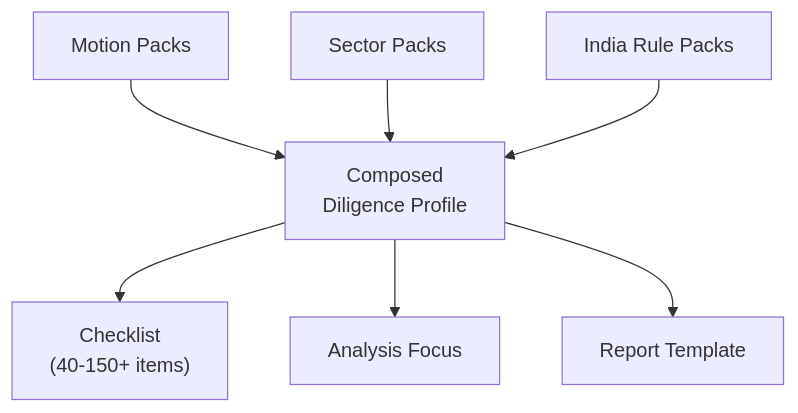
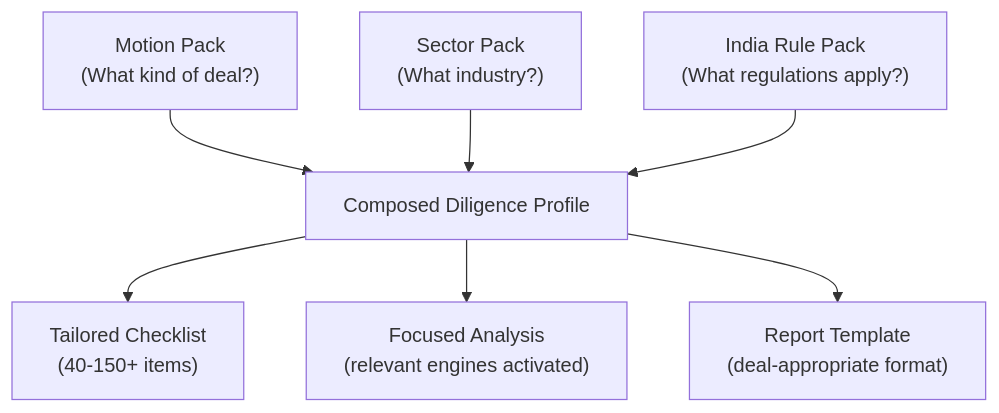
One commit to Mehulupase01/CrewAI-Enterprise-Pipeline-Multi-Agent-Due-Diligence-System changed the sixth of 6 diagrams in README.md. Above: the diagram before and after it, drawn with Mermaid. The commit also changed other lines of this file and 13 other files, not shown here.

````diff
--- a/README.md
+++ b/README.md
@@ -275,9 +379,9 @@
 ```mermaid
 flowchart TD
-    MP["Motion Packs"] --> C["Composed\nDiligence Profile"]
-    SP["Sector Packs"] --> C
-    RP["India Rule Packs"] --> C
-    C --> CL["Checklist\n(40-150+ items)"]
-    C --> AN["Analysis Focus"]
-    C --> RT["Report Template"]
+    MP["Motion Pack\n(What kind of deal?)"] --> C["Composed Diligence Profile"]
+    SP["Sector Pack\n(What industry?)"] --> C
+    RP["India Rule Pack\n(What regulations apply?)"] --> C
+    C --> CL["Tailored Checklist\n(40-150+ items)"]
+    C --> AN["Focused Analysis\n(relevant engines activated)"]
+    C --> RT["Report Template\n(deal-appropriate format)"]
 ```
````
